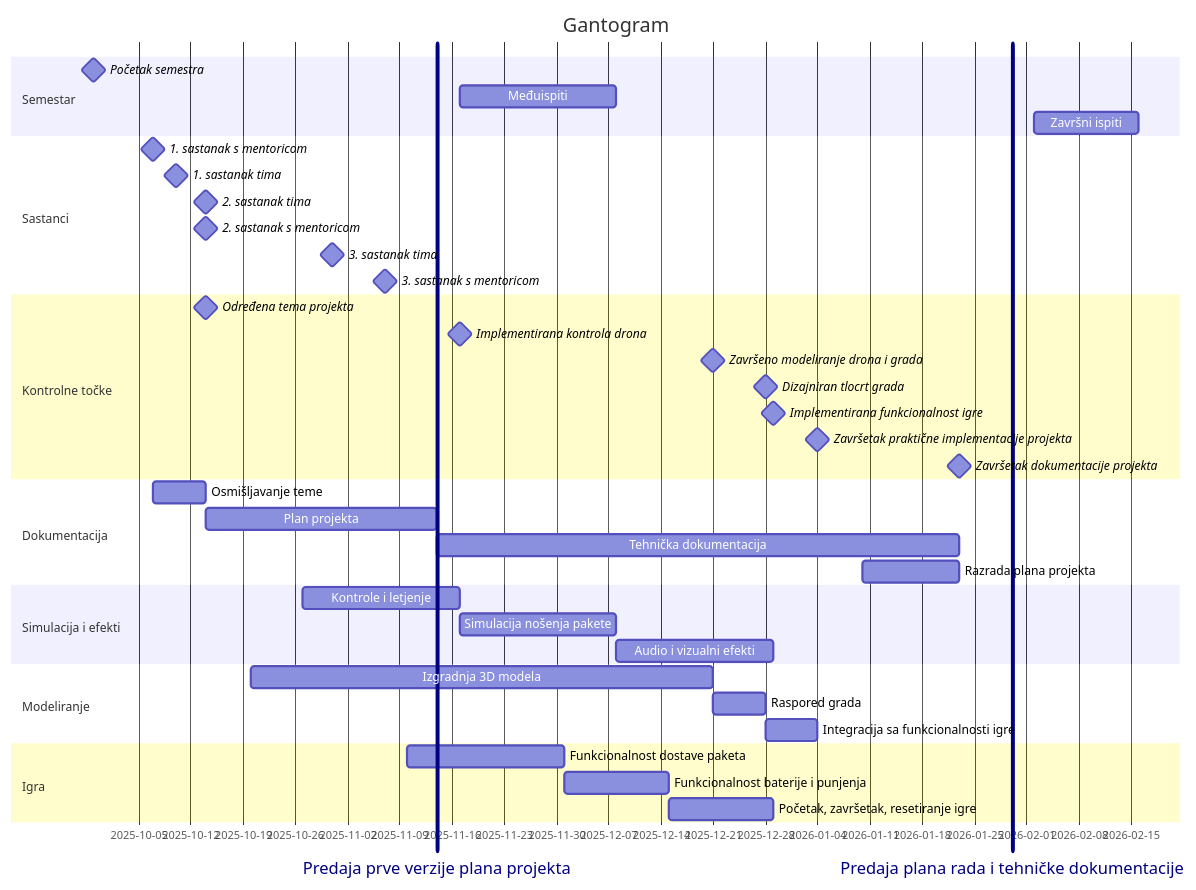
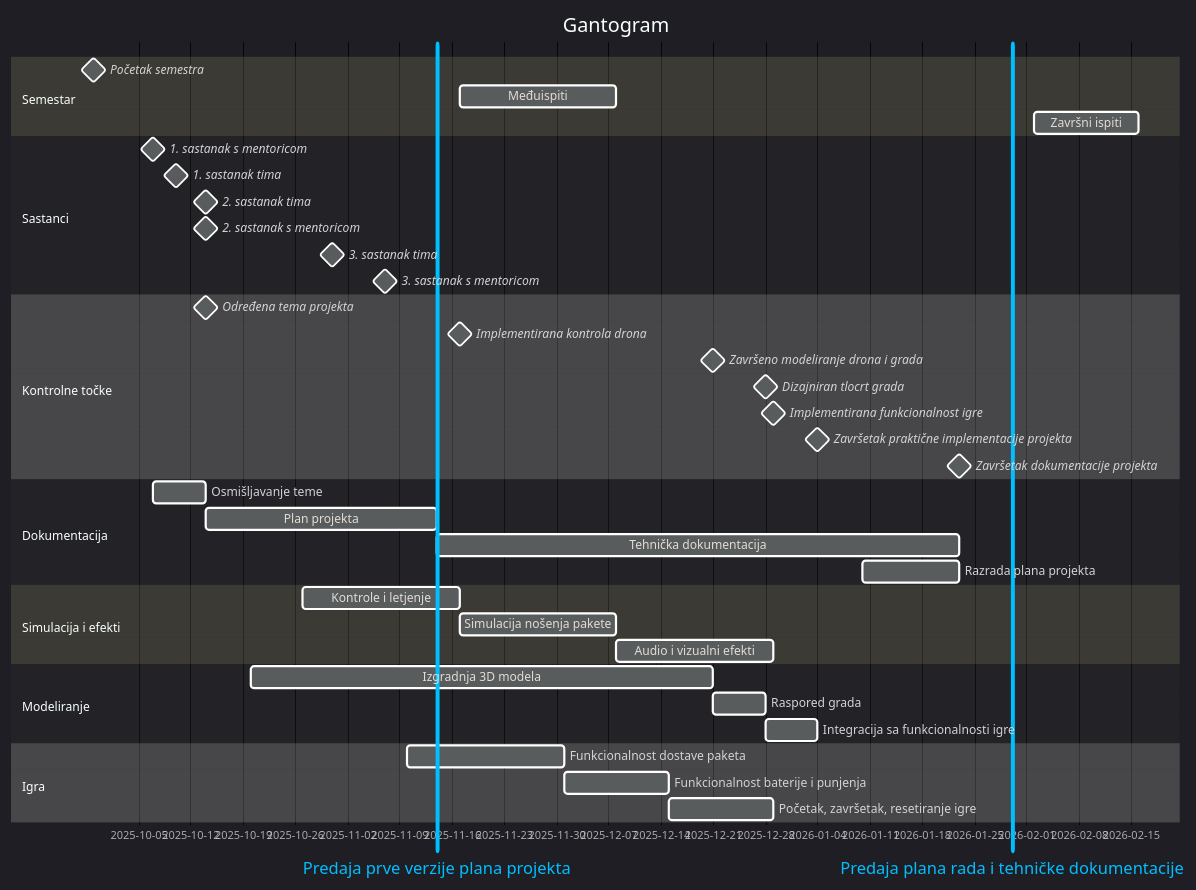
The diagram in docs/README.md (j-ramljak/Dron.co), drawn with Mermaid before and after one commit. The commit also changed 5 other files, not shown here.

````diff
--- a/docs/README.md
+++ b/docs/README.md
@@ -76,50 +76,57 @@
 ```mermaid
+---
+config:
+  theme: dark
+  // gantt:
+    // useWidth: 1000
+---
 gantt
     title Gantogram
     dateFormat DD-MM-YYYY
+    todayMarker on
 
     section Semestar
         Početak semestra                                : milestone, 29-09-2025, 0d
         Predaja prve verzije plana projekta             : vert, rok1, 14-11-2025, 0d
         Međuispiti                                      : mi, 17-11-2025, 21d
         Završni ispiti                                  : zi, 02-02-2026, 14d
         Predaja plana rada i tehničke dokumentacije     : vert, rok2, 30-01-2026, 0d
 
     section Sastanci
         1. sastanak s mentoricom                        : milestone, 07-10-2025, 0d
         1. sastanak tima                                : milestone, 10-10-2025, 0d
         2. sastanak tima                                : milestone, 14-10-2025, 0d
         2. sastanak s mentoricom                        : milestone, 14-10-2025, 0d
         3. sastanak tima                                : milestone, 31-10-2025, 0d
         3. sastanak s mentoricom                        : milestone, 07-11-2025, 0d
 
     section Kontrolne točke
         Određena tema projekta : milestone, 14-10-2025, 0d
         Implementirana kontrola drona : milestone, after s1, 0d
         Završeno modeliranje drona i grada : milestone, after m1, 0d
         Dizajniran tlocrt grada : milestone, after m2, 0d
         Implementirana funkcionalnost igre : milestone, after i3, 0d
         Završetak praktične implementacije projekta : milestone, after s3 m3 i3, 0d
         Završetak dokumentacije projekta : milestone, after d3 d4, 0d
 
 	section Dokumentacija
 		Osmišljavanje teme : d1, 07-10-2025, 7d
         Plan projekta : d2, 14-10-2025, until rok1
         Tehnička dokumentacija : d3, after rok1, 23-01-2026
         Razrada plana projekta : d4, 10-01-2026, 23-01-2026
 
     section Simulacija i efekti
         Kontrole i letjenje : s1, 27-10-2025, 21d
         Simulacija nošenja pakete : s2, after s1, 21d
         Audio i vizualni efekti : s3, after s2, 21d
 
     section Modeliranje
         Izgradnja 3D modela : m1, 20-10-2025, 21-12-2025
         Raspored grada : m2, after m1, 7d
         Integracija sa funkcionalnosti igre: m3, after m2, 7d
 
     section Igra
         Funkcionalnost dostave paketa : i1, 10-11-2025, 21d
         Funkcionalnost baterije i punjenja : i2, after i1, 14d
         Početak, završetak, resetiranje igre : i3, after i2, 14d
 ```
````
